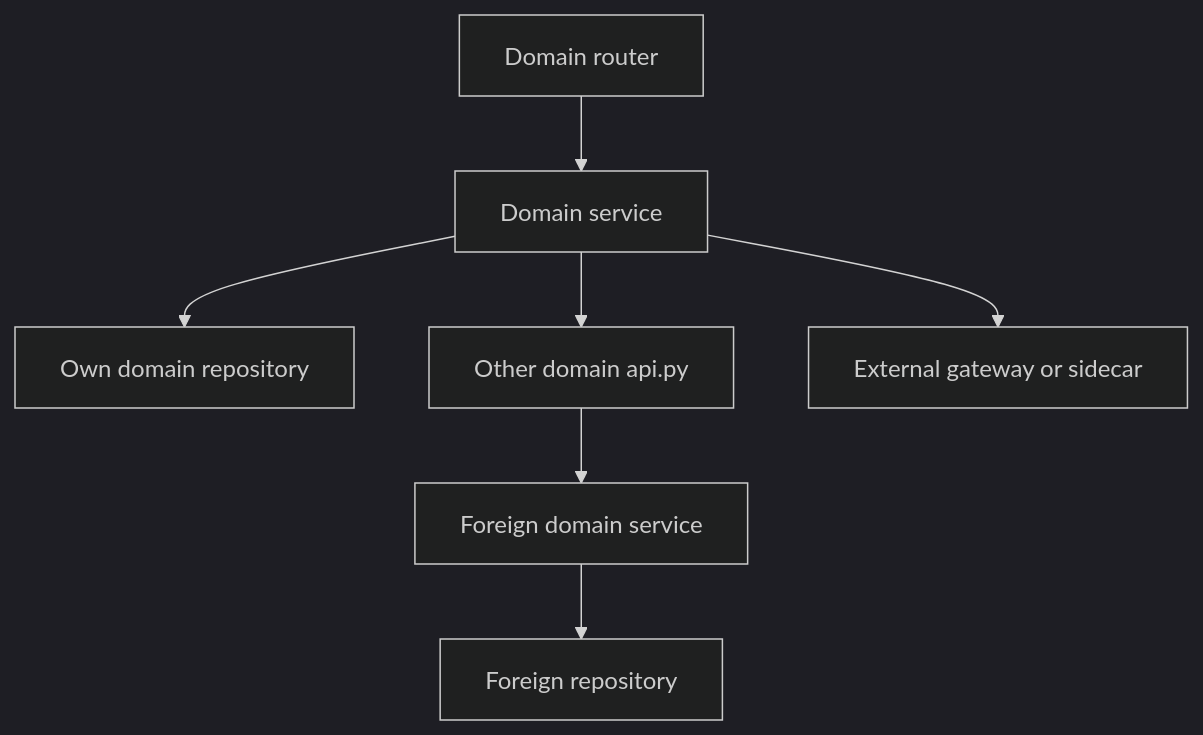
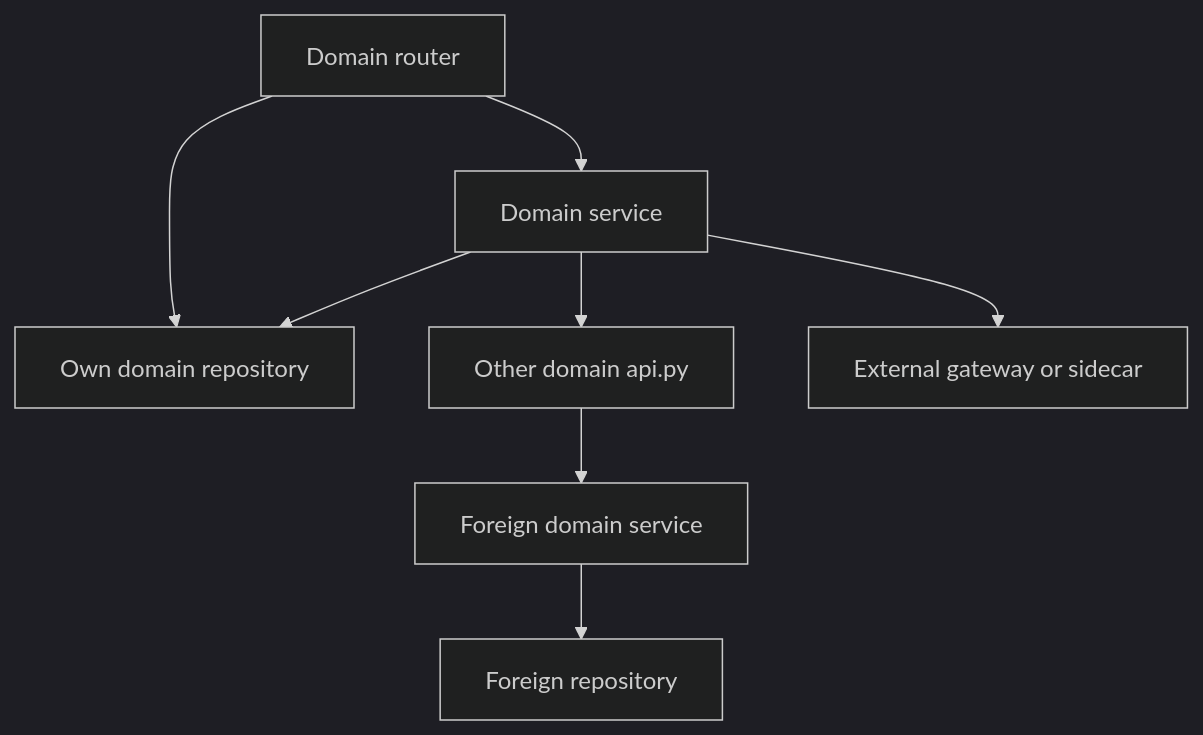
The second of 2 diagrams in openwiki/architecture/domains.md (havekes/retail-portfolio), drawn with Mermaid (dark theme) before and after one commit. The commit also changed other lines of this file and 16 other files, not shown here.

````diff
--- a/openwiki/architecture/domains.md
+++ b/openwiki/architecture/domains.md
@@ -396,9 +423,10 @@
 ```mermaid
 flowchart TD
   Router["Domain router"] --> Service["Domain service"]
-  Service --> OwnRepo["Own domain repository"]
+  Router --> OwnRepo["Own domain repository"]
+  Service --> OwnRepo
   Service --> ForeignApi["Other domain api.py"]
   ForeignApi --> ForeignService["Foreign domain service"]
   ForeignService --> ForeignRepo["Foreign repository"]
   Service --> External["External gateway or sidecar"]
 ```
````
